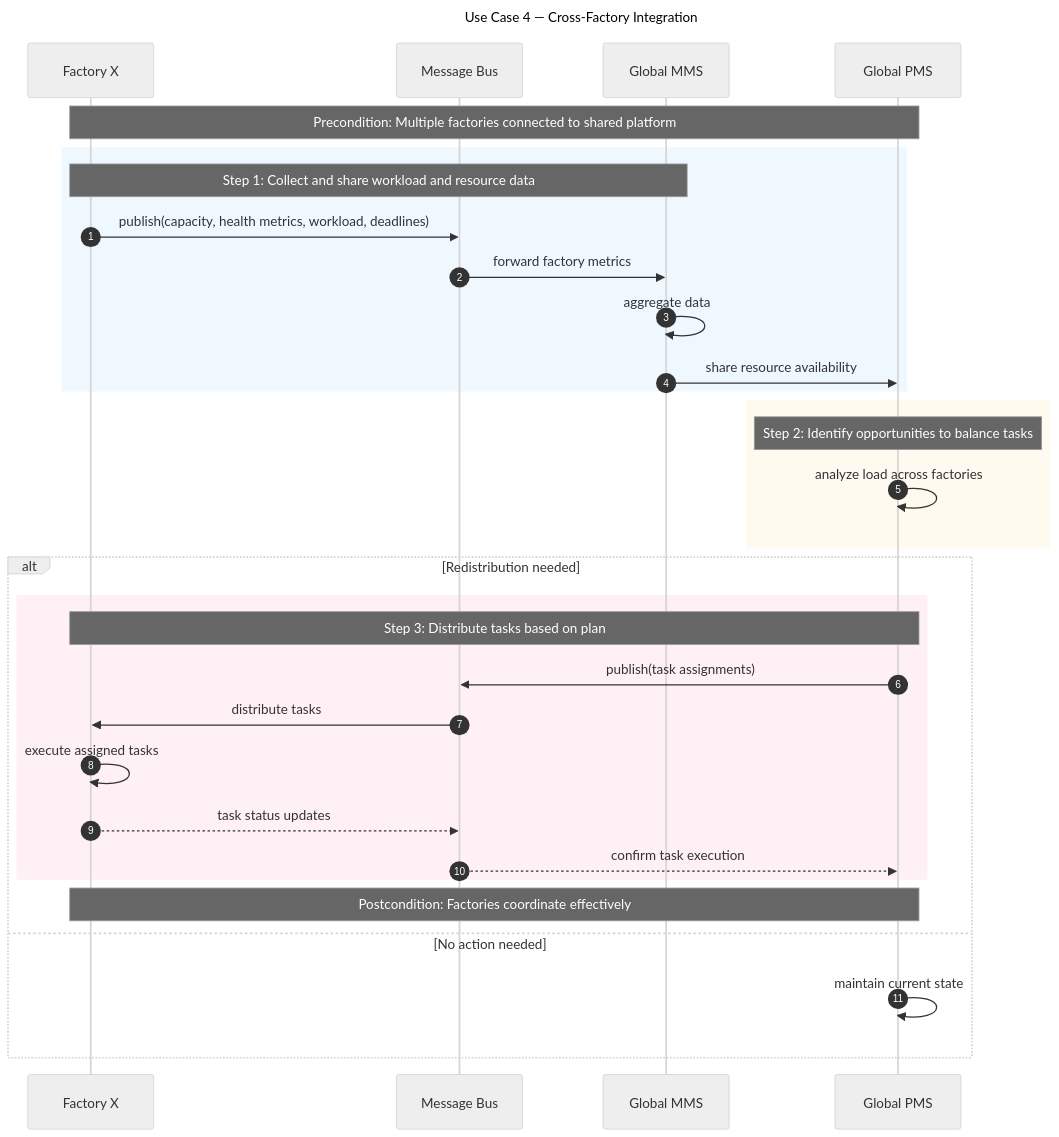
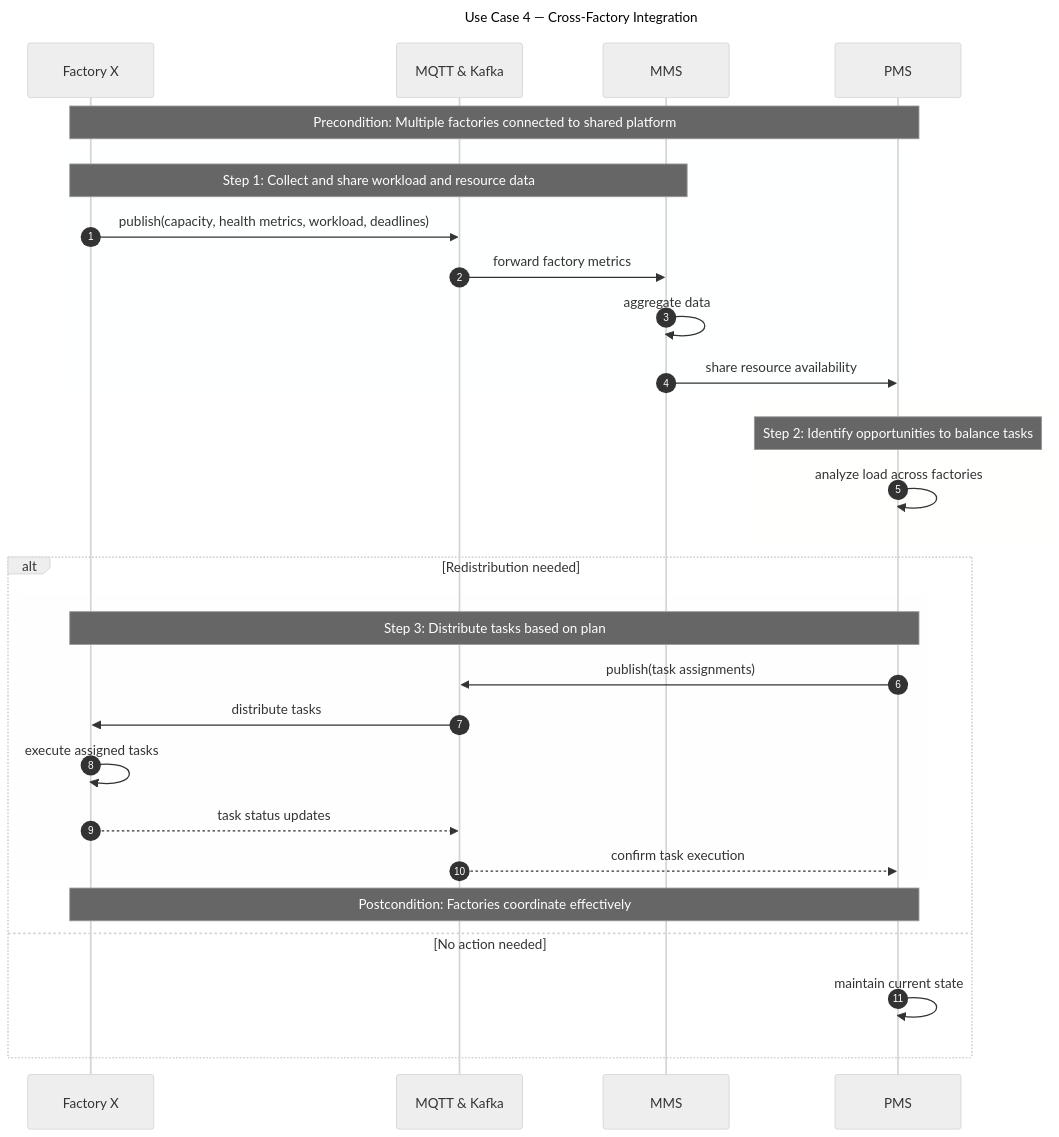
The diagram in diagrams/CFI-behavior-sequence.mmd (Kongstad-Dev/AdvancedSoftwareArchG5), drawn with Mermaid (neutral theme) before and after one commit. The commit also changed 2 other files, not shown here.

Commit message:
Diagram update

```diff
--- a/diagrams/CFI-behavior-sequence.mmd
+++ b/diagrams/CFI-behavior-sequence.mmd
@@ -1,44 +1,44 @@
 sequenceDiagram
     autonumber
     title Use Case 4 — Cross-Factory Integration
 
     %% Participants
     participant FactoryX as Factory X
-    participant BUS as Message Bus
-    participant Global_MMS as Global MMS
-    participant Global_PMS as Global PMS
+    participant BUS as MQTT & Kafka
+    participant Global_MMS as MMS
+    participant Global_PMS as PMS
 
     %% Preconditions
     note over FactoryX,Global_PMS: Precondition: Multiple factories connected to shared platform
 
     %% Step 1: Collect & share data
-    rect rgb(240, 248, 255)
+    rect rgba(240, 248, 255, 0.09)
         note over FactoryX,Global_MMS: Step 1: Collect and share workload and resource data
         FactoryX ->> BUS: publish(capacity, health metrics, workload, deadlines)
         BUS ->> Global_MMS: forward factory metrics
         Global_MMS ->> Global_MMS: aggregate data
         Global_MMS ->> Global_PMS: share resource availability
     end
 
     %% Step 2: Identify opportunities
-    rect rgb(255, 250, 240)
+    rect rgba(255, 250, 240, 0.09)
         note over Global_PMS: Step 2: Identify opportunities to balance tasks
         Global_PMS ->> Global_PMS: analyze load across factories
     end
 
     alt Redistribution needed
         %% Step 3: Distribute tasks
-        rect rgb(255, 240, 245)
+        rect rgba(255, 240, 245, 0.09)
             note over FactoryX,Global_PMS: Step 3: Distribute tasks based on plan
             Global_PMS ->> BUS: publish(task assignments)
             BUS ->> FactoryX: distribute tasks
             FactoryX ->> FactoryX: execute assigned tasks
             FactoryX -->> BUS: task status updates
             BUS -->> Global_PMS: confirm task execution
         end
 
         note over FactoryX,Global_PMS: Postcondition: Factories coordinate effectively
 
     else No action needed
         Global_PMS ->> Global_PMS: maintain current state
     end
```
